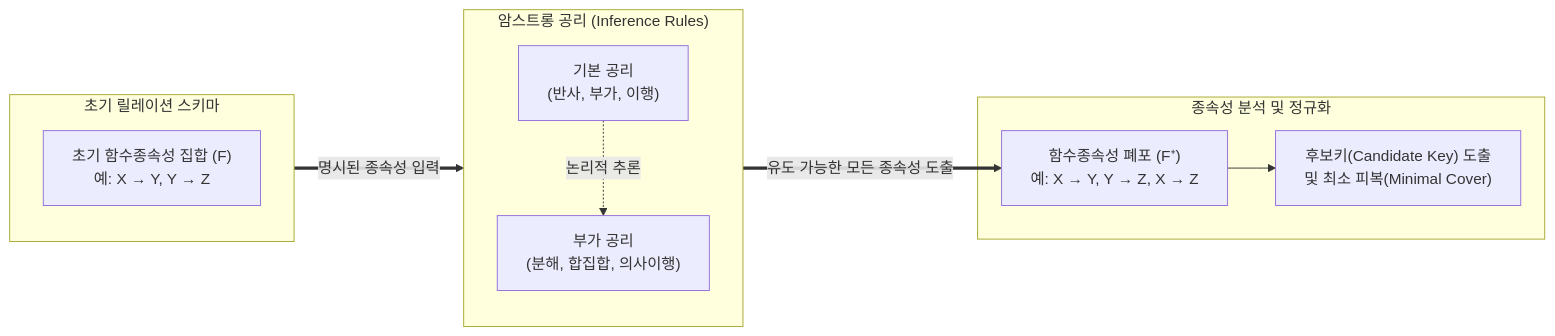
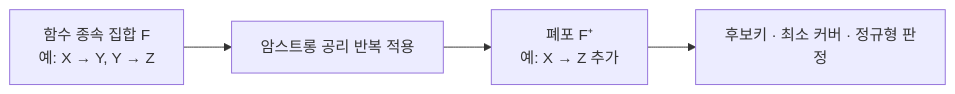
The diagram in content/01_IT Tech/암스트롱 공리.md (supremethumb/supremethumb.github.io), drawn with Mermaid before and after one commit. The commit also changed other lines of this file and 1087 other files, not shown here.

````diff
--- a/content/01_IT Tech/암스트롱 공리.md
+++ b/content/01_IT Tech/암스트롱 공리.md
@@ -27,23 +35,6 @@
 ```mermaid
 flowchart LR
-    subgraph Input_FD ["초기 릴레이션 스키마"]
-        F["초기 함수종속성 집합 (F)<br/>예: X → Y, Y → Z"]
-    end
-
-    subgraph Armstrong_Engine ["암스트롱 공리 (Inference Rules)"]
-        direction TB
-        Primary["기본 공리<br/>(반사, 부가, 이행)"]
-        Secondary["부가 공리<br/>(분해, 합집합, 의사이행)"]
-        Primary -. "논리적 추론" .-> Secondary
-    end
-
-    subgraph Output_Closure ["종속성 분석 및 정규화"]
-        F_Plus["함수종속성 폐포 (F⁺)<br/>예: X → Y, Y → Z, X → Z"]
-        Key["후보키(Candidate Key) 도출<br/>및 최소 피복(Minimal Cover)"]
-    end
-
-    Input_FD ==>|"명시된 종속성 입력"| Armstrong_Engine
-    Armstrong_Engine ==>|"유도 가능한 모든 종속성 도출"| F_Plus
-    F_Plus --> Key
-
+    F["함수 종속 집합 F<br/>예: X → Y, Y → Z"] --> R["암스트롱 공리 반복 적용"]
+    R --> FP["폐포 F⁺<br/>예: X → Z 추가"]
+    FP --> K["후보키 · 최소 커버 · 정규형 판정"]
 ```
````
